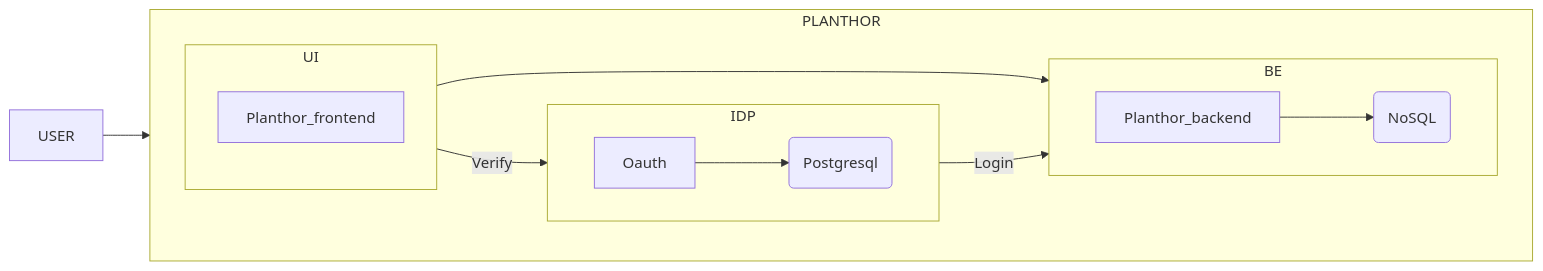
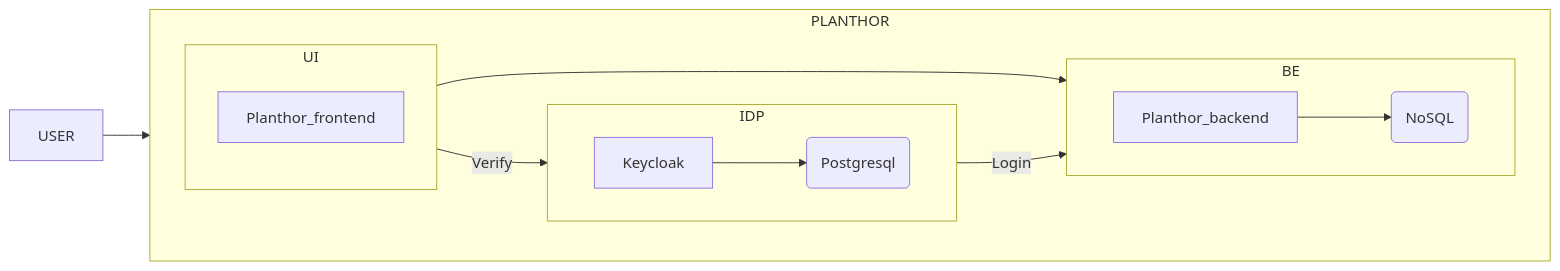
Before and after one commit to Planthor/planthor-documentation: the diagram in planthor.mmd, drawn with Mermaid. The commit also changed 1 other file, not shown here.

Commit message:
Implement Keycloak as Planthor IDP solution

```diff
--- a/planthor.mmd
+++ b/planthor.mmd
@@ -1,21 +1,21 @@
 flowchart LR
   direction LR
   subgraph PLANTHOR
     subgraph UI
         Planthor_frontend
     end
     subgraph IDP
         direction LR
-        Oauth --> user_db(Postgresql)
+        Keycloak --> user_db(Postgresql)
     end
     UI -- Verify --> IDP
     subgraph BE
       direction LR 
       Planthor_backend --> planthor_be_db(NoSQL)
     end
     direction LR
     UI --> BE
     IDP -- Login --> BE
   end
   
   USER --> PLANTHOR
```
